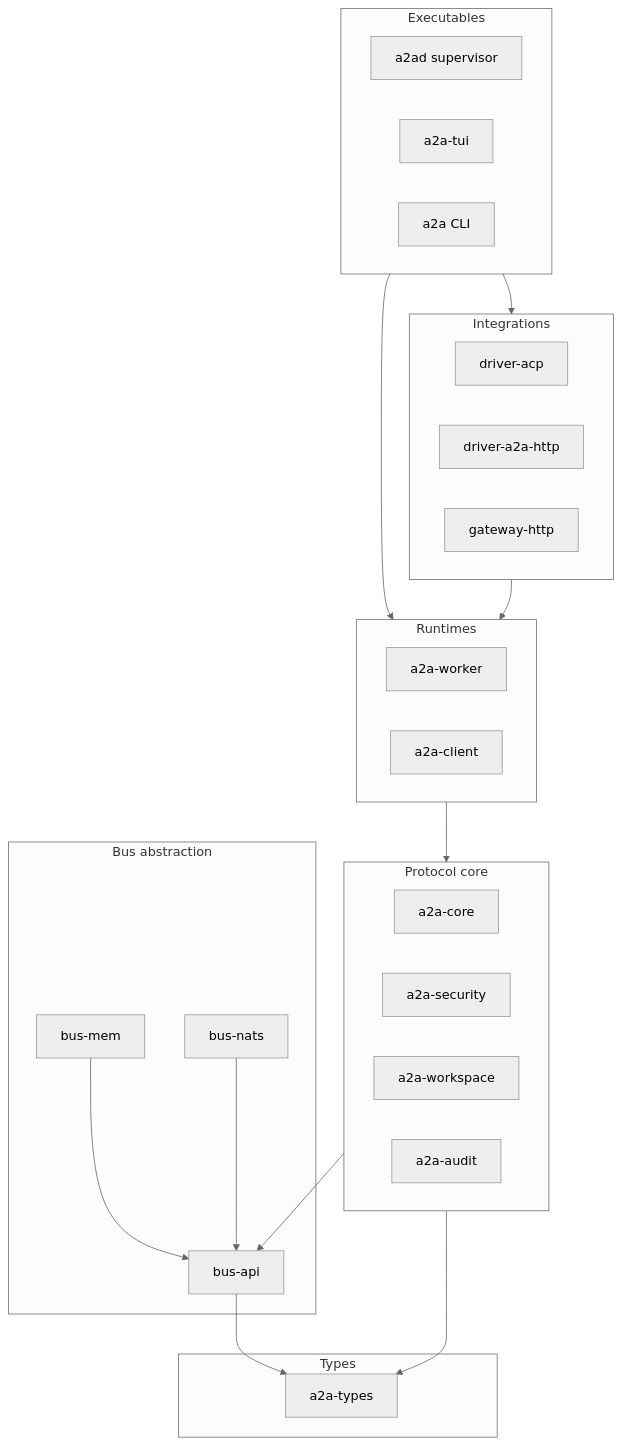
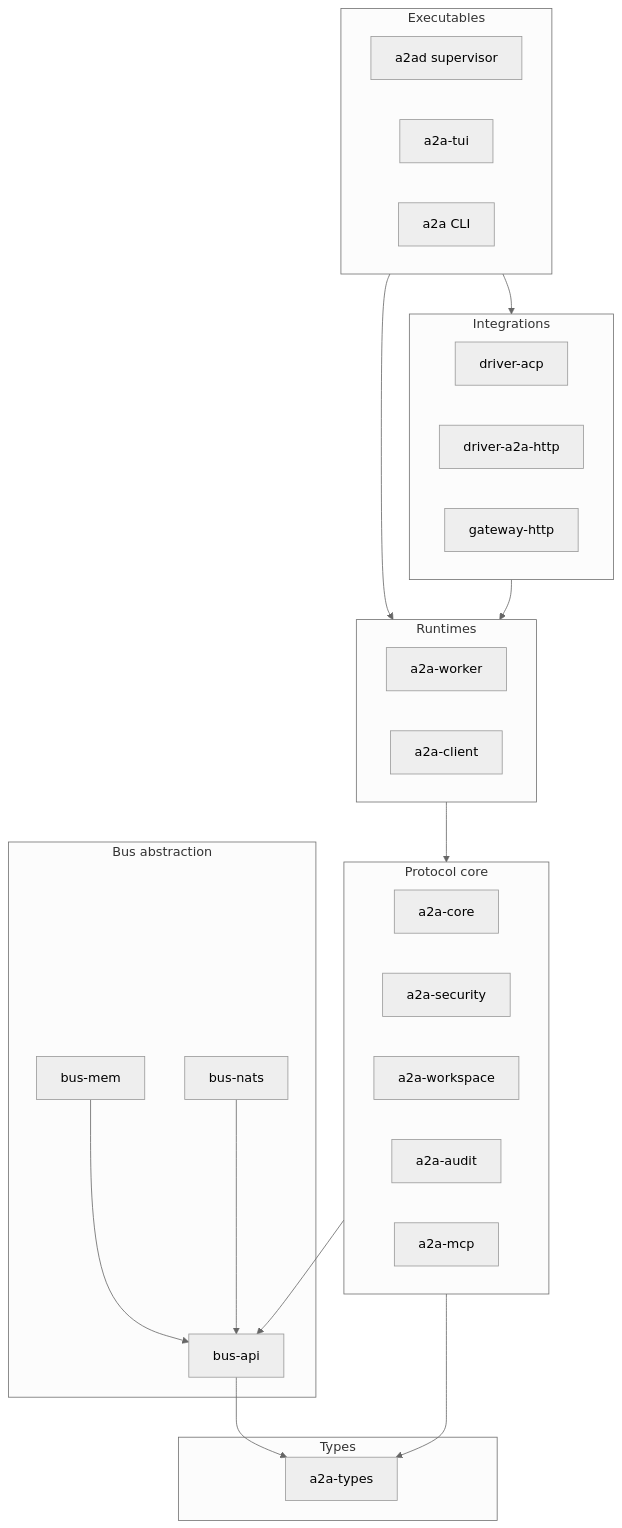
Before and after one commit to 0x1ee7/agent-proto: the first of 2 diagrams in docs/rfcs/0001-architecture.md, drawn with Mermaid (neutral theme). The commit also changed other lines of this file and 2 other files, not shown here.

Commit message:
Add RFC-0015 peer-call tool and delegation plumbing; place a2a-mcp at L2

````diff
--- a/docs/rfcs/0001-architecture.md
+++ b/docs/rfcs/0001-architecture.md
@@ -45,39 +45,40 @@
 ```mermaid
 flowchart TB
   subgraph L5[Executables]
     a2ad[a2ad supervisor]
     tui[a2a-tui]
     cli[a2a CLI]
   end
   subgraph L4[Integrations]
     dacp[driver-acp]
     dhttp[driver-a2a-http]
     gw[gateway-http]
   end
   subgraph L3[Runtimes]
     worker[a2a-worker]
     client[a2a-client]
   end
   subgraph L2[Protocol core]
     core[a2a-core]
     sec[a2a-security]
     ws[a2a-workspace]
     audit[a2a-audit]
+    mcp[a2a-mcp]
   end
   subgraph L1[Bus abstraction]
     api[bus-api]
     mem[bus-mem]
     nats[bus-nats]
   end
   subgraph L0[Types]
     types[a2a-types]
   end
   L5 --> L4 & L3
   L4 --> L3
   L3 --> L2
   L2 --> api
   mem --> api
   nats --> api
   L2 --> types
   api --> types
 ```
````
